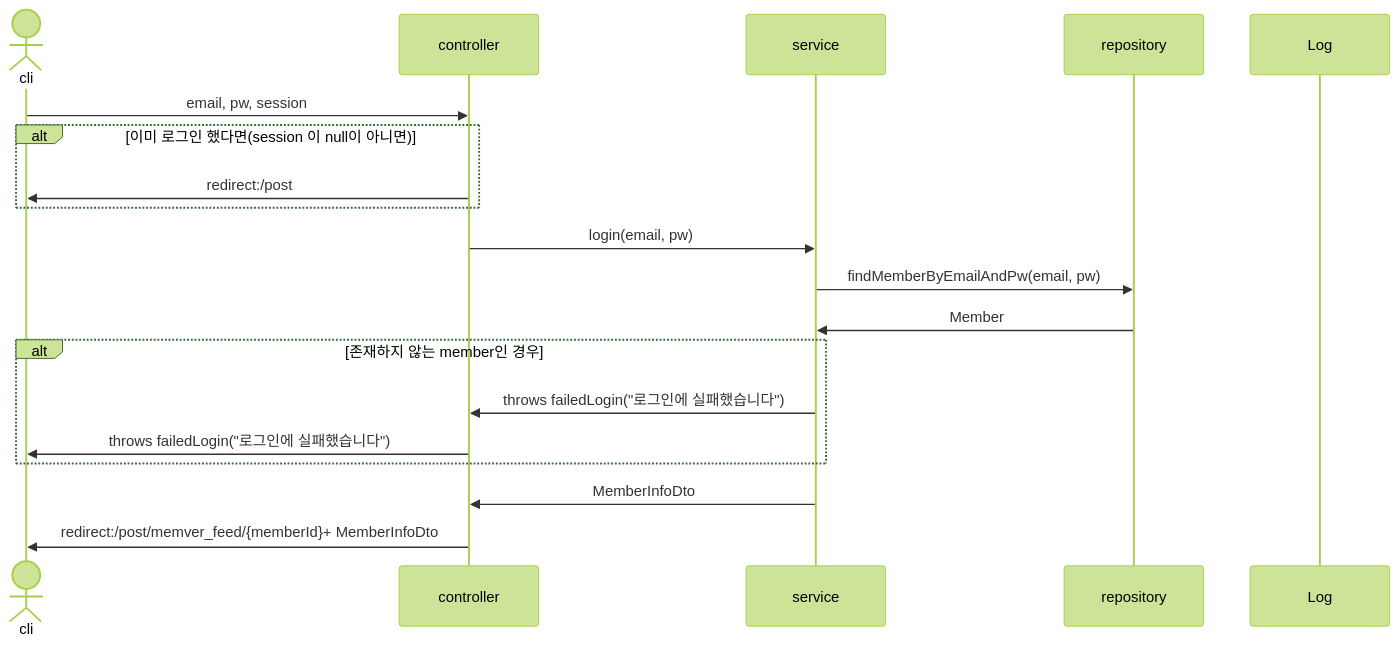
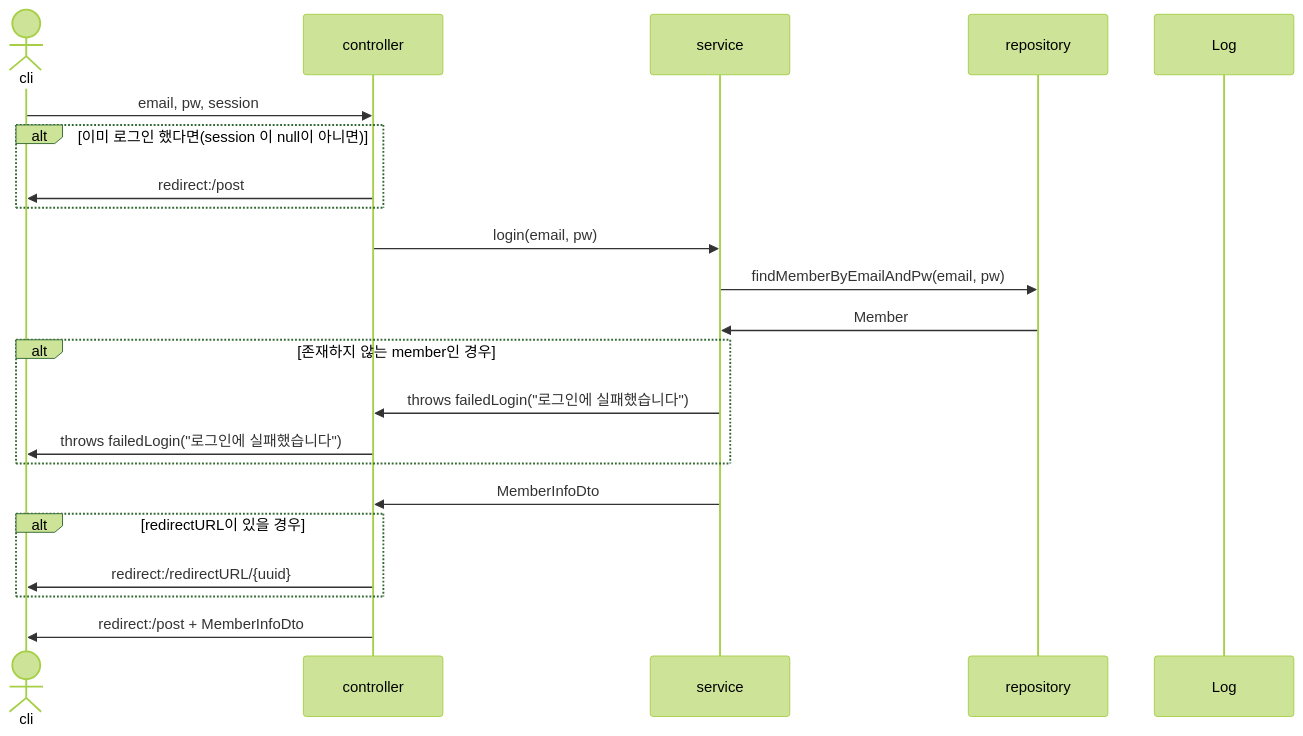
One commit to mtak0235/snsX changed diagram 12 of 33 in sequence.md. Above: the diagram before and after it, drawn with Mermaid (forest theme). The commit also changed other lines of this file and 6 other files, not shown here.

````diff
--- a/sequence.md
+++ b/sequence.md
@@ -281,22 +303,25 @@
 ```mermaid
 sequenceDiagram
 actor cli
 participant c as controller
 participant s as service
 participant r as repository
 participant l as Log
 
 cli->>c: email, pw, session
 alt 이미 로그인 했다면(session 이 null이 아니면)
 c->>cli: redirect:/post
 end
 c->>s: login(email, pw)
 s->>r: findMemberByEmailAndPw(email, pw)
 r->>s: Member
 alt 존재하지 않는 member인 경우
 s->>c: throws failedLogin("로그인에 실패했습니다")
 c->>cli: throws failedLogin("로그인에 실패했습니다")
 end
 s->>c: MemberInfoDto
-c->>cli: redirect:/post/memver_feed/{memberId}+ MemberInfoDto
+alt redirectURL이 있을 경우
+c->>cli: redirect:/redirectURL/{uuid}
+end
+c->>cli: redirect:/post + MemberInfoDto
 ```
````
